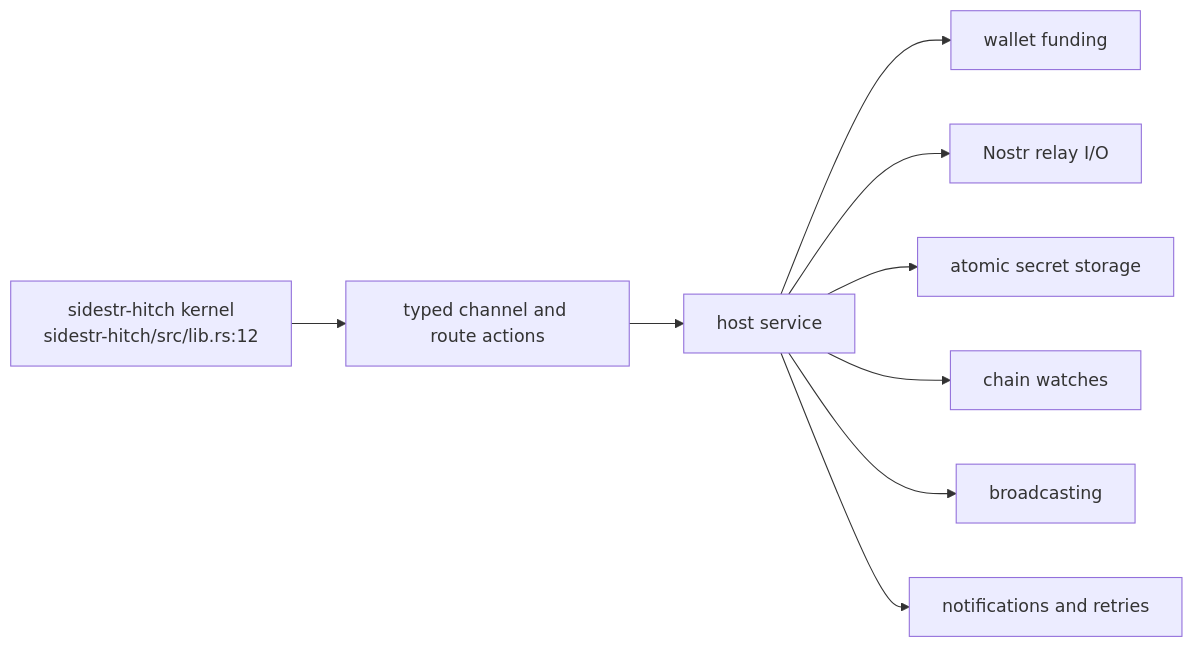
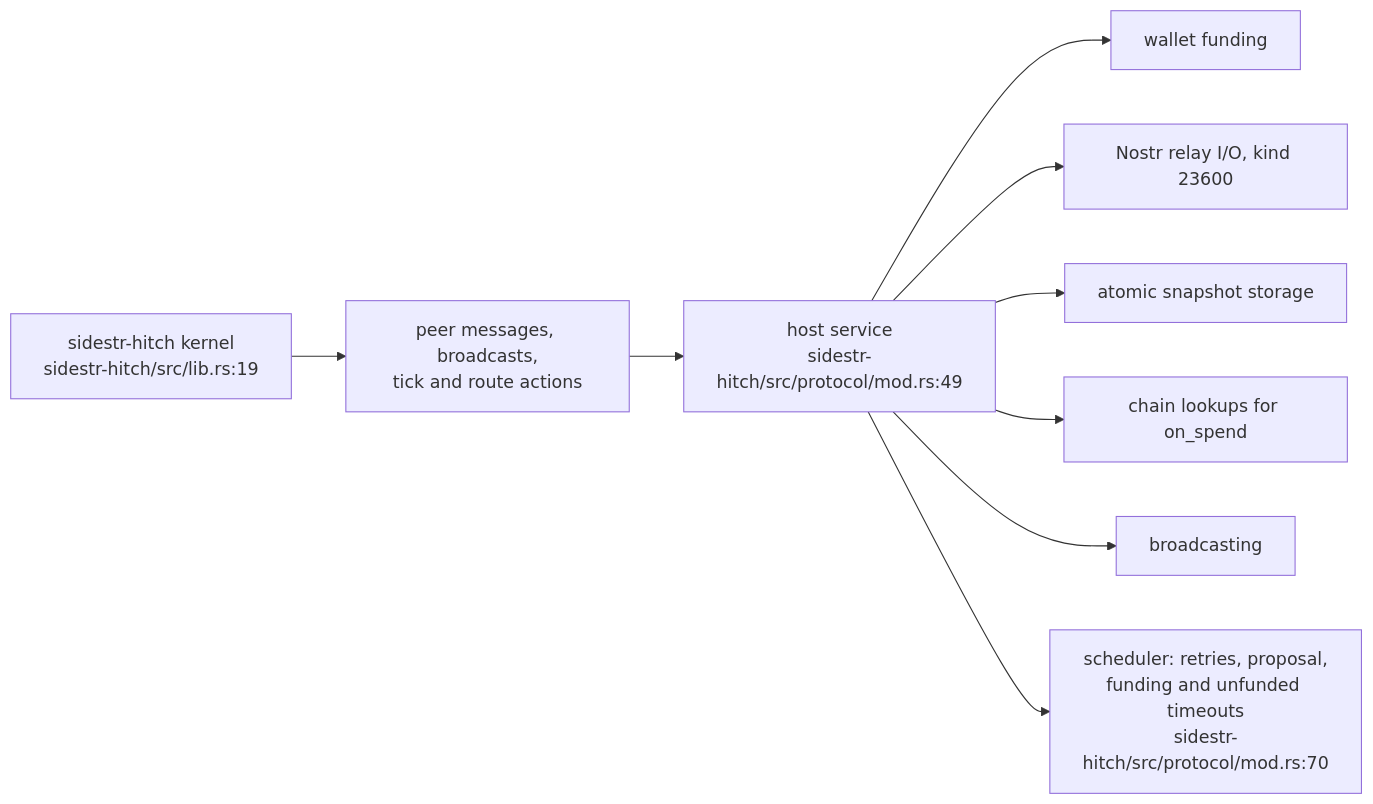
One commit to DreamLab-AI/VisionFlow changed the fifth of 5 diagrams in docs/diagrams/sidestr-rs/04-hitch-channel-kernel-and-host-gap.md. Above: the diagram before and after it, drawn with Mermaid. The commit also changed other lines of this file and 94 other files, not shown here.

First line of the commit message:
docs(diagrams): re-verify 130 topics against 2 October HEADs

````diff
--- a/docs/diagrams/sidestr-rs/04-hitch-channel-kernel-and-host-gap.md
+++ b/docs/diagrams/sidestr-rs/04-hitch-channel-kernel-and-host-gap.md
@@ -88,11 +119,11 @@
 ```mermaid
 flowchart LR
-    K["sidestr-hitch kernel<br/>sidestr-hitch/src/lib.rs:12"] --> ACT["typed channel and route actions"]
-    ACT --> HOST["host service"]
+    K["sidestr-hitch kernel<br/>sidestr-hitch/src/lib.rs:19"] --> ACT["peer messages, broadcasts,<br/>tick and route actions"]
+    ACT --> HOST["host service<br/>sidestr-hitch/src/protocol/mod.rs:49"]
     HOST --> WAL["wallet funding"]
-    HOST --> REL["Nostr relay I/O"]
-    HOST --> STO["atomic secret storage"]
-    HOST --> WATCH["chain watches"]
+    HOST --> REL["Nostr relay I/O, kind 23600"]
+    HOST --> STO["atomic snapshot storage"]
+    HOST --> WATCH["chain lookups for on_spend"]
     HOST --> BC["broadcasting"]
-    HOST --> UX["notifications and retries"]
+    HOST --> SCH["scheduler: retries, proposal,<br/>funding and unfunded timeouts<br/>sidestr-hitch/src/protocol/mod.rs:70"]
 ```
````
